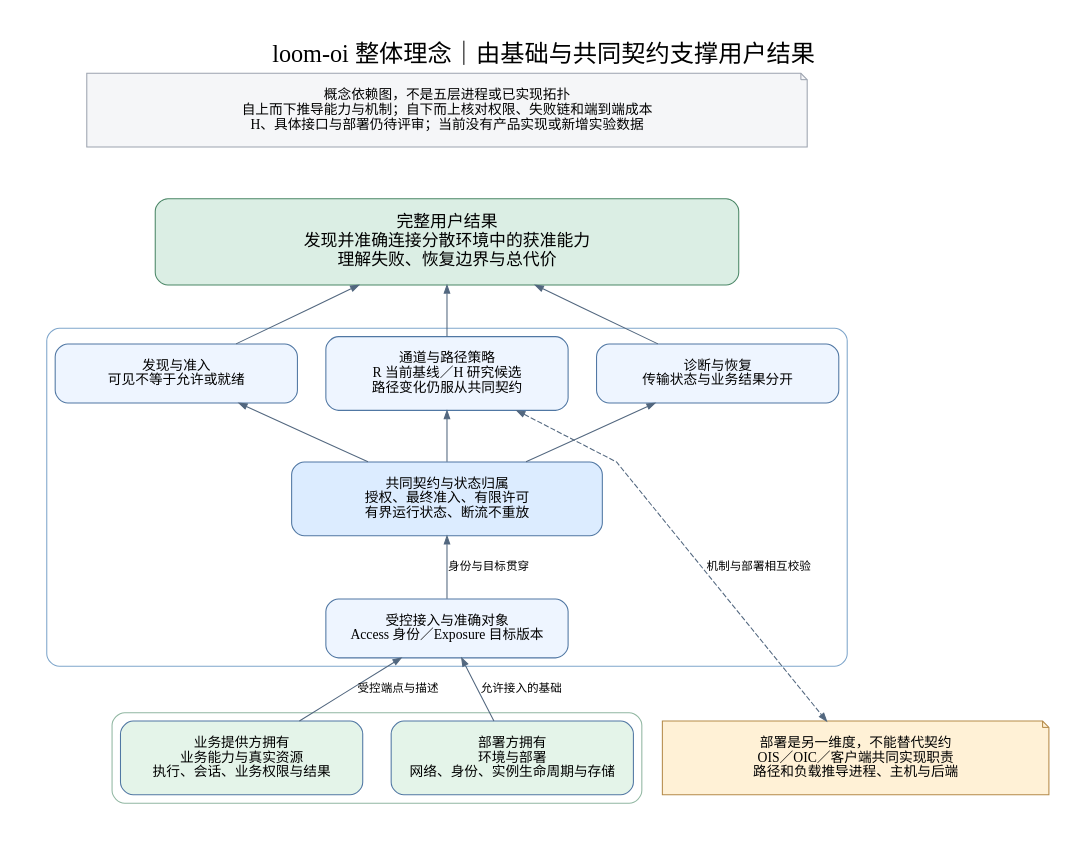
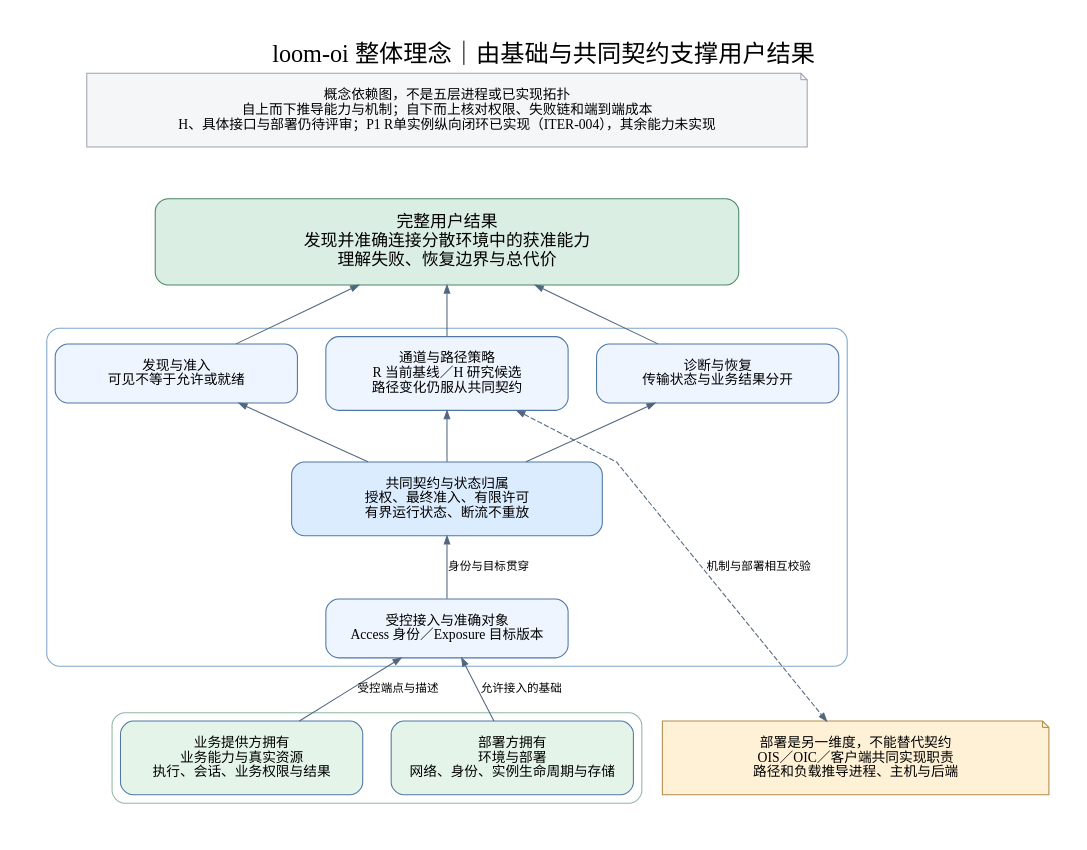
Before and after one commit to wyw-ai/loom-oi: the diagram in docs/architecture/diagrams/v0.7/11-project-model.dot, drawn with Graphviz. The commit also changed 49 other files, not shown here.

```diff
--- a/docs/architecture/diagrams/v0.7/11-project-model.dot
+++ b/docs/architecture/diagrams/v0.7/11-project-model.dot
@@ -1,30 +1,30 @@
 digraph G {
 graph [rankdir=BT,bgcolor="white",pad="0.4",nodesep="0.38",ranksep="0.65",fontname="Noto Sans SC",fontsize=23,labelloc=t,splines=polyline,newrank=true,label="loom-oi 整体理念｜由基础与共同契约支撑用户结果"];
 node [shape=box,style="rounded,filled",fillcolor="#eef5ff",color="#5077a3",fontname="Noto Sans SC",fontsize=13,margin="0.25,0.20",width=3.2];
 edge [fontname="Noto Sans SC",fontsize=11,color="#52677f",arrowsize=0.75];
 subgraph cluster_external {
 label="";color="#91b7a2";style=rounded;
 business[label="业务提供方拥有\n业务能力与真实资源\n执行、会话、业务权限与结果",fillcolor="#e4f4e9"];
 infra[label="部署方拥有\n环境与部署\n网络、身份、实例生命周期与存储",fillcolor="#e4f4e9"];
 {rank=same;business;infra;}
 }
 subgraph cluster_oi {
 label="";color="#7fa6cb";style=rounded;
 objects[label="受控接入与准确对象\nAccess 身份／Exposure 目标版本"];
 contracts[label="共同契约与状态归属\n授权、最终准入、有限许可\n有界运行状态、断流不重放",fillcolor="#dcecff",width=4.1];
 discovery[label="发现与准入\n可见不等于允许或就绪"];
 channel[label="通道与路径策略\nR 当前基线／H 研究候选\n路径变化仍服从共同契约"];
 diagnosis[label="诊断与恢复\n传输状态与业务结果分开"];
 {rank=same;discovery;channel;diagnosis;}
 objects->contracts[label="身份与目标贯穿"];
 contracts->discovery;contracts->channel;contracts->diagnosis;
 }
 outcome[label="完整用户结果\n发现并准确连接分散环境中的获准能力\n理解失败、恢复边界与总代价",fillcolor="#dbeee4",color="#4b8767",fontsize=16,width=7.7];
 deploy[label="部署是另一维度，不能替代契约\nOIS／OIC／客户端共同实现职责\n路径和负载推导进程、主机与后端",shape=note,fillcolor="#fff1d6",color="#b58b49",width=5.1];
 business->objects[label="受控端点与描述"];
 infra->objects[label="允许接入的基础"];
 discovery->outcome;channel->outcome;diagnosis->outcome;
 channel->deploy[style=dashed,dir=both,label="机制与部署相互校验",constraint=false];
-note[label="概念依赖图，不是五层进程或已实现拓扑\n自上而下推导能力与机制；自下而上核对权限、失败链和端到端成本\nH、具体接口与部署仍待评审；当前没有产品实现或新增实验数据",shape=note,fillcolor="#f5f6f8",color="#9ca3af",width=9.5];
+note[label="概念依赖图，不是五层进程或已实现拓扑\n自上而下推导能力与机制；自下而上核对权限、失败链和端到端成本\nH、具体接口与部署仍待评审；P1 R单实例纵向闭环已实现（ITER-004），其余能力未实现",shape=note,fillcolor="#f5f6f8",color="#9ca3af",width=9.5];
 outcome->note[style=invis];
 }
```
